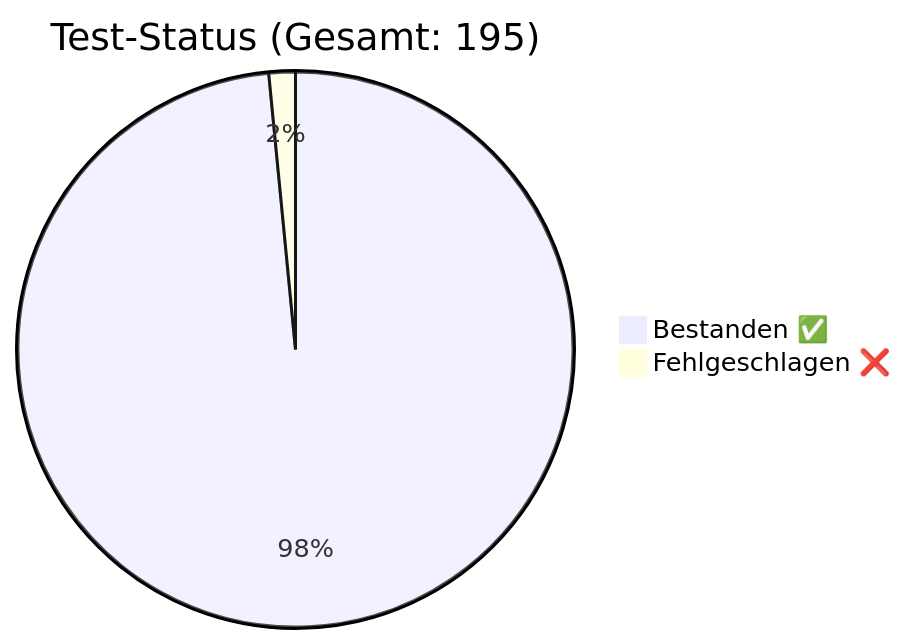
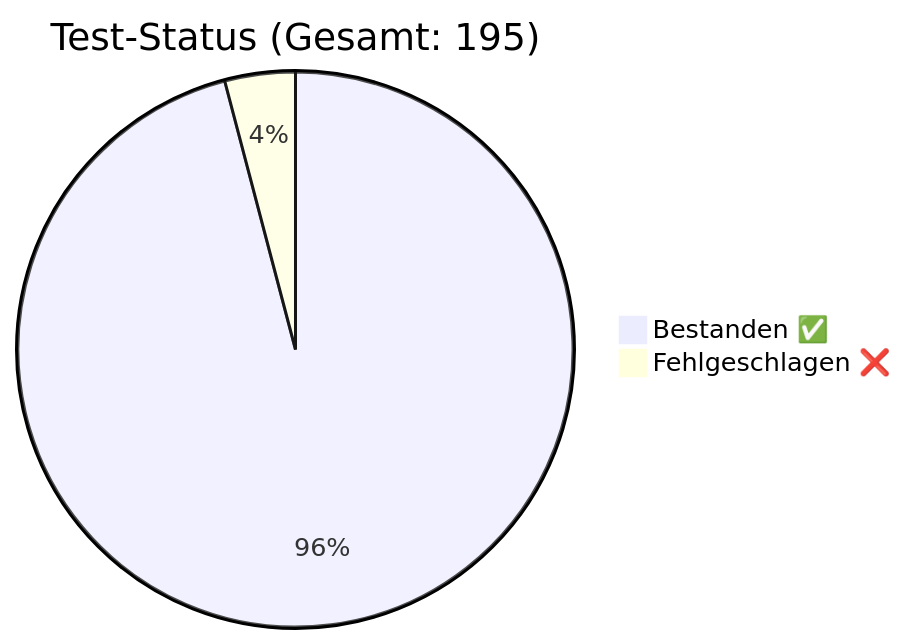
Before and after one commit to rorila/GCS: the diagram in docs/QA_Report.md, drawn with Mermaid. The commit also changed other lines of this file and 5 other files, not shown here.

````diff
--- a/docs/QA_Report.md
+++ b/docs/QA_Report.md
@@ -7,5 +7,5 @@
 ```mermaid
 pie title Test-Status (Gesamt: 195)
-    "Bestanden ✅" : 192
-    "Fehlgeschlagen ❌" : 3
+    "Bestanden ✅" : 187
+    "Fehlgeschlagen ❌" : 8
 ```
````
